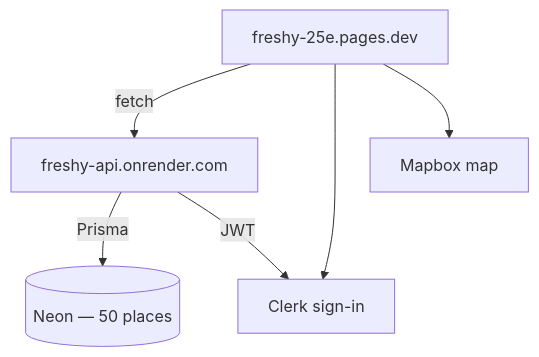
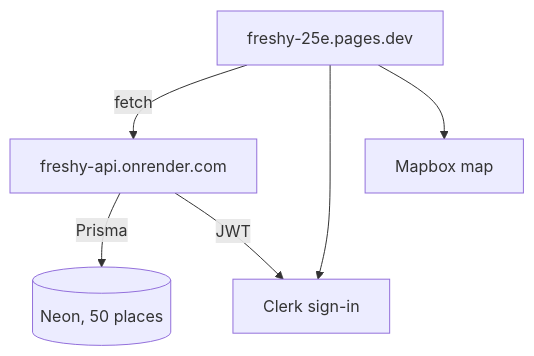
Before and after one commit to alexandrelheinen/freshy: the diagram in docs/deploy-api.md, drawn with Mermaid. The commit also changed other lines of this file and 17 other files, not shown here.

First line of the commit message:
docs: add Cursor writing rules, clean README, sync roadmap with production

````diff
--- a/docs/deploy-api.md
+++ b/docs/deploy-api.md
@@ -26,8 +26,8 @@
 ```mermaid
 flowchart TB
     Pages[freshy-25e.pages.dev] -->|fetch| Render[freshy-api.onrender.com]
-    Render -->|Prisma| Neon[(Neon — 50 places)]
+    Render -->|Prisma| Neon[(Neon, 50 places)]
     Pages --> Clerk[Clerk sign-in]
     Render -->|JWT| Clerk
     Pages --> Mapbox[Mapbox map]
 ```
````
